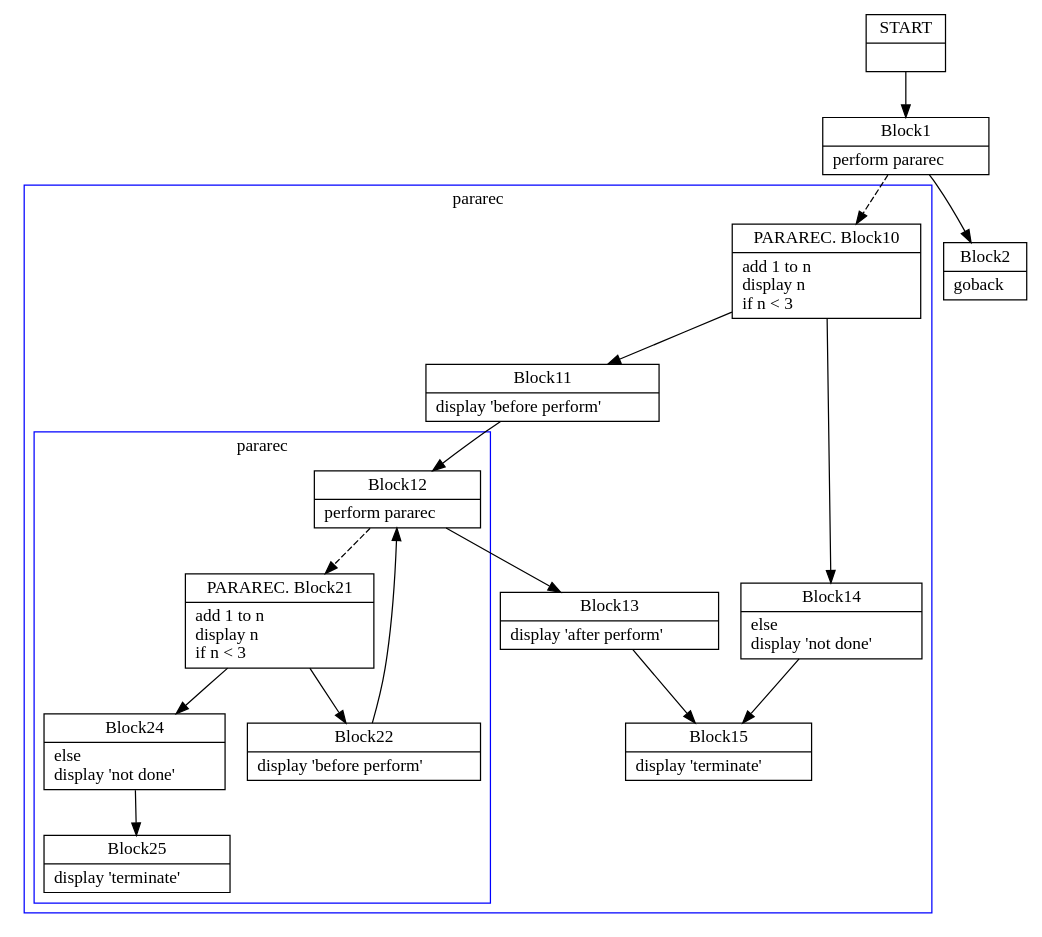
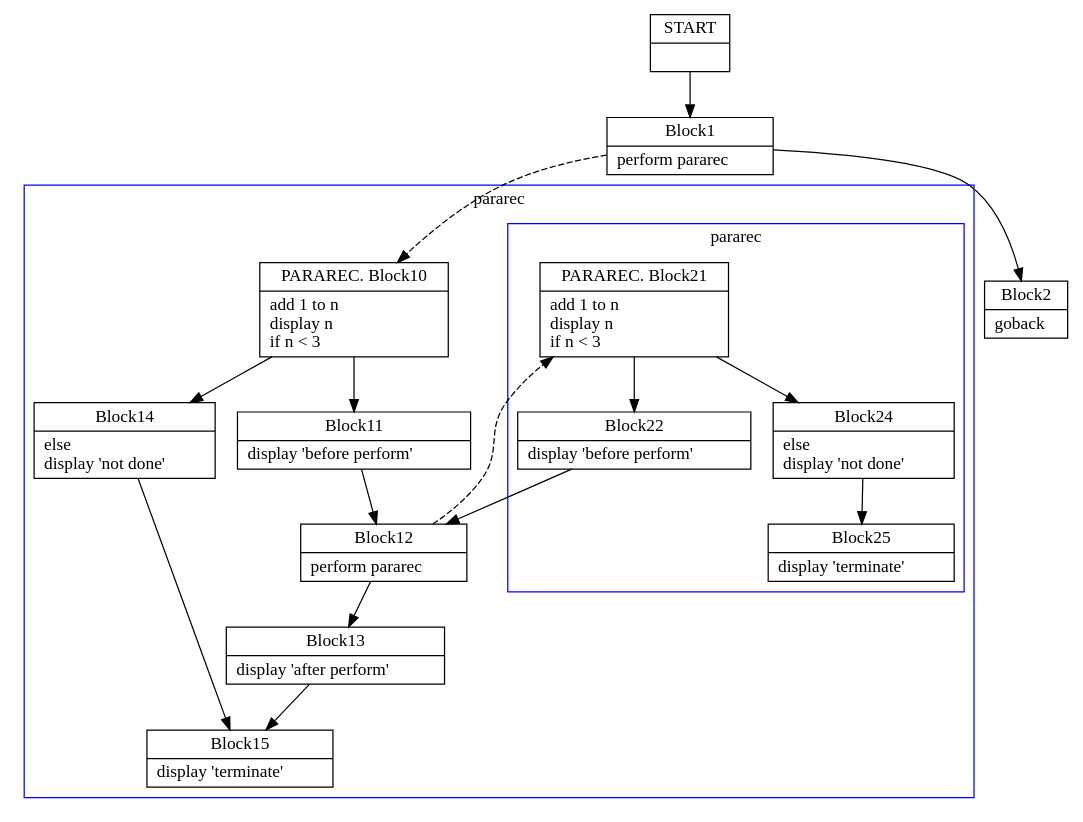
The diagram in TypeCobol.Analysis.Test/BasicCfgInstrs/PerformProc1Recursive0.dot (TypeCobolTeam/TypeCobol), drawn with Graphviz before and after one commit. The commit also changed other lines of this file and 32 other files, not shown here.

```diff
--- a/TypeCobol.Analysis.Test/BasicCfgInstrs/PerformProc1Recursive0.dot
+++ b/TypeCobol.Analysis.Test/BasicCfgInstrs/PerformProc1Recursive0.dot
@@ -1,76 +1,76 @@
 digraph Cfg {
 compound=true;
 node [
 shape = "record"
 ]
 
 edge [
 arrowtail = "empty"
 ]
 Block0 [
 label = "{START|}"
 ]
 Block1 [
 label = "{Block1|    perform pararec\l}"
 ]
 subgraph cluster_1{
 color = blue;
 label = "pararec";
 Block10 [
 label = "{PARAREC. Block10|    add 1 to n\l    display n\l    if n \< 3\l}"
 ]
 Block11 [
 label = "{Block11|       display 'before perform'\l}"
 ]
 Block12 [
 label = "{Block12|       perform pararec\l}"
 ]
 subgraph cluster_2{
 color = blue;
 label = "pararec";
 Block21 [
 label = "{PARAREC. Block21|    add 1 to n\l    display n\l    if n \< 3\l}"
 ]
 Block22 [
 label = "{Block22|       display 'before perform'\l}"
 ]
 Block24 [
 label = "{Block24|    else\l       display 'not done'\l}"
 ]
 Block25 [
 label = "{Block25|    display 'terminate'\l}"
 ]
-Block21 -> Block22
-Block21 -> Block24
-Block22 -> Block12
-Block24 -> Block25
 
 }
 Block12 -> Block21 [style=dashed]
 
 Block13 [
 label = "{Block13|       display 'after perform'\l}"
 ]
 Block15 [
 label = "{Block15|    display 'terminate'\l}"
 ]
 Block14 [
 label = "{Block14|    else\l       display 'not done'\l}"
 ]
-Block10 -> Block11
-Block10 -> Block14
-Block11 -> Block12
-Block12 -> Block13
-Block13 -> Block15
-Block14 -> Block15
 
 }
 Block1 -> Block10 [style=dashed]
 
 Block2 [
 label = "{Block2|    goback\l}"
 ]
 Block0 -> Block1
+Block10 -> Block11
+Block10 -> Block14
+Block11 -> Block12
+Block21 -> Block22
+Block21 -> Block24
+Block22 -> Block12
+Block24 -> Block25
+Block12 -> Block13
+Block13 -> Block15
+Block14 -> Block15
 Block1 -> Block2
 
 }
```
